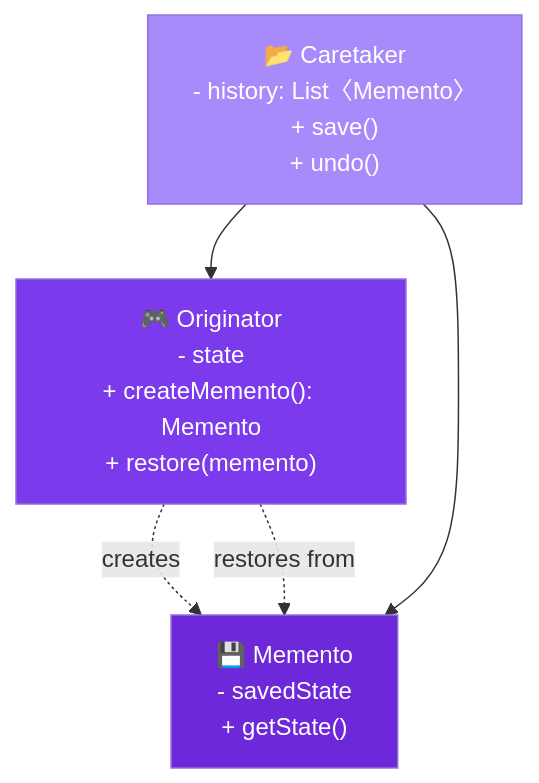
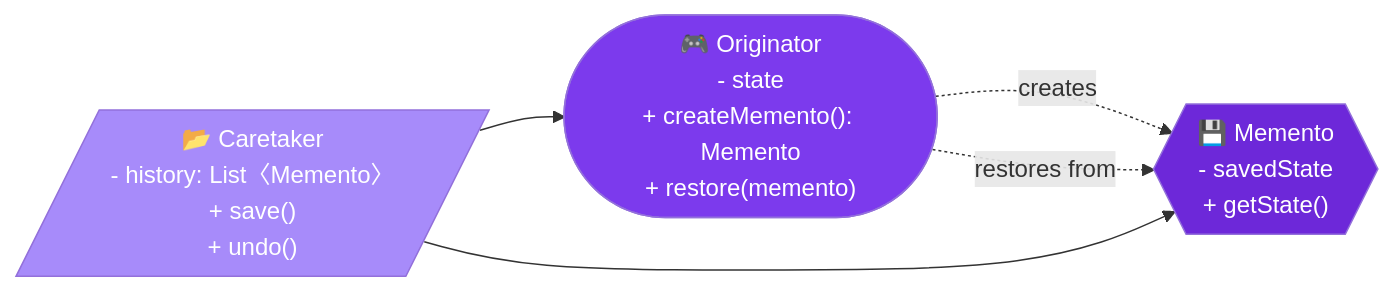
The second of 3 diagrams in docs/designpatterns/behaviouralDesignPatterns/MementoDp.md (saivamsikaruturi/vamsilabs-dev-notes-main), drawn with Mermaid before and after one commit. The commit also changed other lines of this file and 146 other files, not shown here.

Commit message:
Horizontal diagrams, UML class diagrams, typography overhaul, and permalink cleanup

````diff
--- a/docs/designpatterns/behaviouralDesignPatterns/MementoDp.md
+++ b/docs/designpatterns/behaviouralDesignPatterns/MementoDp.md
@@ -31,15 +31,15 @@
 ```mermaid
-flowchart TD
-    Originator["🎮 Originator\n- state\n+ createMemento(): Memento\n+ restore(memento)"]
-    Memento["💾 Memento\n- savedState\n+ getState()"]
-    Caretaker["📂 Caretaker\n- history: List〈Memento〉\n+ save()\n+ undo()"]
+flowchart LR
+    Originator(["🎮 Originator\n- state\n+ createMemento(): Memento\n+ restore(memento)"])
+    Memento{{"💾 Memento\n- savedState\n+ getState()"}}
+    Caretaker[/"📂 Caretaker\n- history: List〈Memento〉\n+ save()\n+ undo()"/]
 
     Originator -.->|"creates"| Memento
     Originator -.->|"restores from"| Memento
     Caretaker --> Memento
     Caretaker --> Originator
 
     style Originator fill:#7c3aed,color:#fff
     style Memento fill:#6d28d9,color:#fff
     style Caretaker fill:#a78bfa,color:#fff
 ```
````
